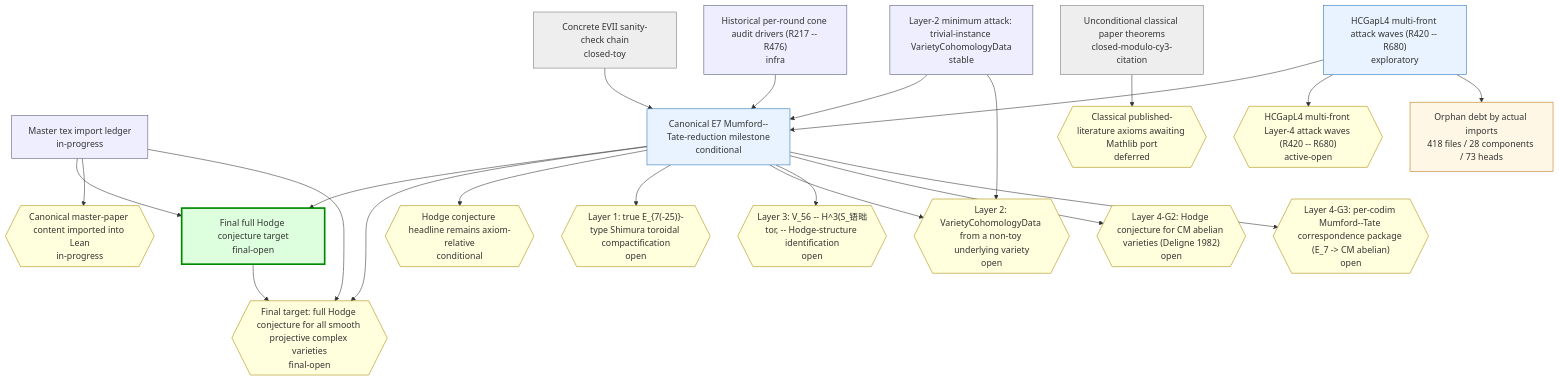
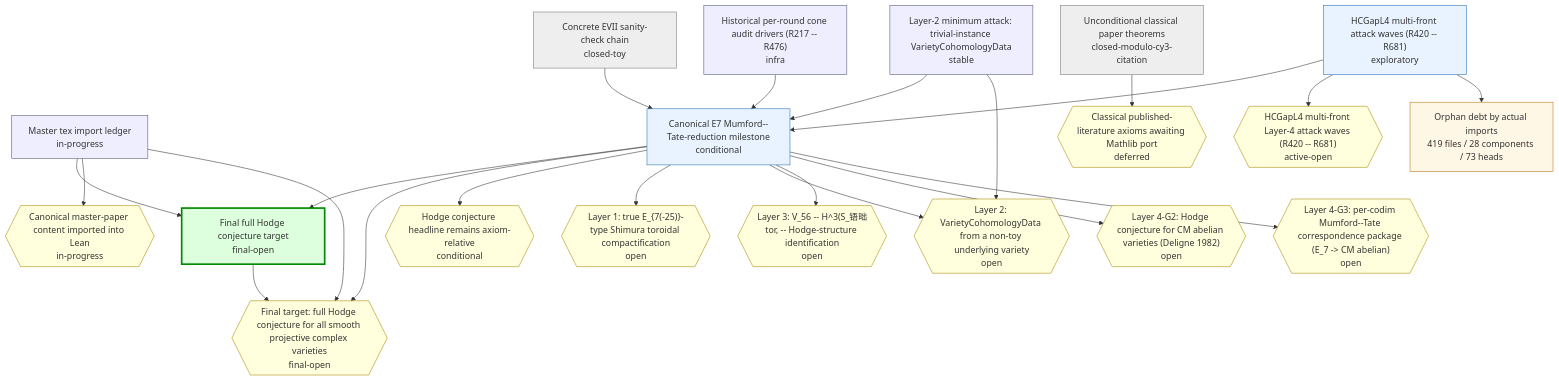
The first of 2 diagrams in chain-status/research-map.md (crabsatellite/hodge-conjecture-lean4-formalization), drawn with Mermaid before and after one commit. The commit also changed other lines of this file and 10 other files, not shown here.

````diff
--- a/chain-status/research-map.md
+++ b/chain-status/research-map.md
@@ -46,54 +46,54 @@
 ```mermaid
 graph TD
   classDef main fill:#dfd,stroke:#080,stroke-width:3px
   classDef active fill:#e8f3ff,stroke:#2670b8
   classDef support fill:#eef,stroke:#557
   classDef closed fill:#eee,stroke:#777
   classDef dead fill:#fdd,stroke:#a00,stroke-width:2px
   classDef gapOpen fill:#ffd,stroke:#a80
   classDef gapClosed fill:#eee,stroke:#777
   classDef gapDead fill:#fdd,stroke:#a00
   classDef debt fill:#fff7e6,stroke:#b87514
   classDef debtTaxonomy fill:#e8f3ff,stroke:#2670b8,stroke-dasharray:3 3
   classDef debtRule fill:#eefbea,stroke:#398439,stroke-dasharray:3 3
   classDef debtDead fill:#fdd,stroke:#a00,stroke-dasharray:3 3
   chain_full_hc_final_target["Final full Hodge conjecture target\nfinal-open"]:::main
   chain_master_paper_import_ledger["Master tex import ledger\nin-progress"]:::support
   chain_main_hc_axiom_relative["Canonical E7 Mumford--Tate-reduction milestone\nconditional"]:::active
   chain_unconditional_classical["Unconditional classical paper theorems\nclosed-modulo-cy3-citation"]:::closed
   chain_hcgap_l2_trivial_instances["Layer-2 minimum attack: trivial-instance VarietyCohomologyData\nstable"]:::support
-  chain_hcgap_l4_multifront_active["HCGapL4 multi-front attack waves (R420 -- R680)\nexploratory"]:::active
+  chain_hcgap_l4_multifront_active["HCGapL4 multi-front attack waves (R420 -- R681)\nexploratory"]:::active
   chain_concrete_evii_toy["Concrete EVII sanity-check chain\nclosed-toy"]:::closed
   chain_historical_cone_audits["Historical per-round cone audit drivers (R217 -- R476)\ninfra"]:::support
   gap_G_full_hc{{"Final target: full Hodge conjecture for all smooth projective complex varieties\nfinal-open"}}:::gapOpen
   gap_G_master_paper_import{{"Canonical master-paper content imported into Lean\nin-progress"}}:::gapOpen
   gap_G_main_hc{{"Hodge conjecture headline remains axiom-relative\nconditional"}}:::gapOpen
   gap_G_l1_e7_shimura_tor{{"Layer 1: true E_{7(-25)}-type Shimura toroidal compactification\nopen"}}:::gapOpen
   gap_G_l2_cohomology_construction{{"Layer 2: VarietyCohomologyData from a non-toy underlying variety\nopen"}}:::gapOpen
   gap_G_l3_v56_mt_identification{{"Layer 3: V_56 -- H^3(S_铻昢tor, -- Hodge-structure identification\nopen"}}:::gapOpen
   gap_G_l4_cm_abelian_hc{{"Layer 4-G2: Hodge conjecture for CM abelian varieties (Deligne 1982)\nopen"}}:::gapOpen
   gap_G_l4_mt_correspondence{{"Layer 4-G3: per-codim Mumford--Tate correspondence package (E_7 -> CM abelian)\nopen"}}:::gapOpen
   gap_G_classical_mathlib_port{{"Classical published-literature axioms awaiting Mathlib port\ndeferred"}}:::gapOpen
-  gap_G_hcgap_l4_multifront{{"HCGapL4 multi-front Layer-4 attack waves (R420 -- R680)\nactive-open"}}:::gapOpen
+  gap_G_hcgap_l4_multifront{{"HCGapL4 multi-front Layer-4 attack waves (R420 -- R681)\nactive-open"}}:::gapOpen
   chain_full_hc_final_target --> gap_G_full_hc
   chain_master_paper_import_ledger --> chain_full_hc_final_target
   chain_master_paper_import_ledger --> gap_G_master_paper_import
   chain_master_paper_import_ledger --> gap_G_full_hc
   chain_main_hc_axiom_relative --> chain_full_hc_final_target
   chain_main_hc_axiom_relative --> gap_G_full_hc
   chain_main_hc_axiom_relative --> gap_G_main_hc
   chain_main_hc_axiom_relative --> gap_G_l1_e7_shimura_tor
   chain_main_hc_axiom_relative --> gap_G_l2_cohomology_construction
   chain_main_hc_axiom_relative --> gap_G_l3_v56_mt_identification
   chain_main_hc_axiom_relative --> gap_G_l4_cm_abelian_hc
   chain_main_hc_axiom_relative --> gap_G_l4_mt_correspondence
   chain_unconditional_classical --> gap_G_classical_mathlib_port
   chain_hcgap_l2_trivial_instances --> chain_main_hc_axiom_relative
   chain_hcgap_l2_trivial_instances --> gap_G_l2_cohomology_construction
   chain_hcgap_l4_multifront_active --> chain_main_hc_axiom_relative
   chain_hcgap_l4_multifront_active --> gap_G_hcgap_l4_multifront
   chain_concrete_evii_toy --> chain_main_hc_axiom_relative
   chain_historical_cone_audits --> chain_main_hc_axiom_relative
-  debt_all["Orphan debt by actual imports\n418 files / 28 components / 73 heads"]:::debt
+  debt_all["Orphan debt by actual imports\n419 files / 28 components / 73 heads"]:::debt
   chain_hcgap_l4_multifront_active --> debt_all
 ```
````
